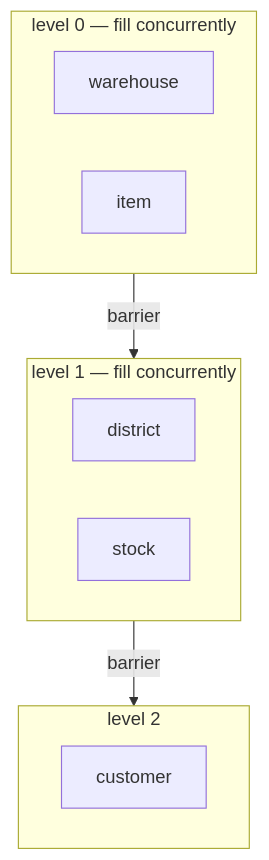
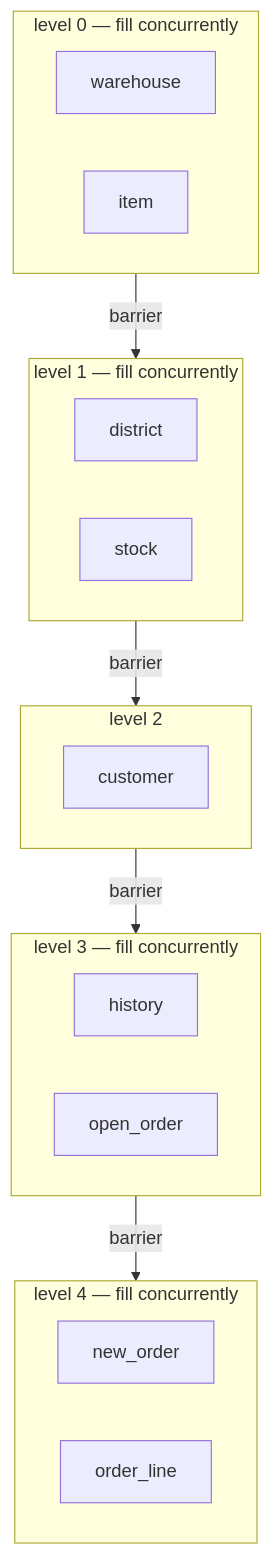
One commit to timveil/bloviate changed the fourth of 8 diagrams in docs/ARCHITECTURE.md. Above: the diagram before and after it, drawn with Mermaid. The commit also changed other lines of this file, not shown here.

Commit message:
docs: make TPC-C dependency diagrams match the canonical schema (#515)

````diff
--- a/docs/ARCHITECTURE.md
+++ b/docs/ARCHITECTURE.md
@@ -150,14 +162,22 @@
 ```mermaid
 flowchart TD
     subgraph L0["level 0 — fill concurrently"]
         warehouse & item
     end
     subgraph L1["level 1 — fill concurrently"]
         district & stock
     end
     subgraph L2["level 2"]
         customer
     end
+    subgraph L3["level 3 — fill concurrently"]
+        history & open_order
+    end
+    subgraph L4["level 4 — fill concurrently"]
+        new_order & order_line
+    end
     L0 -->|barrier| L1
     L1 -->|barrier| L2
+    L2 -->|barrier| L3
+    L3 -->|barrier| L4
 ```
````
